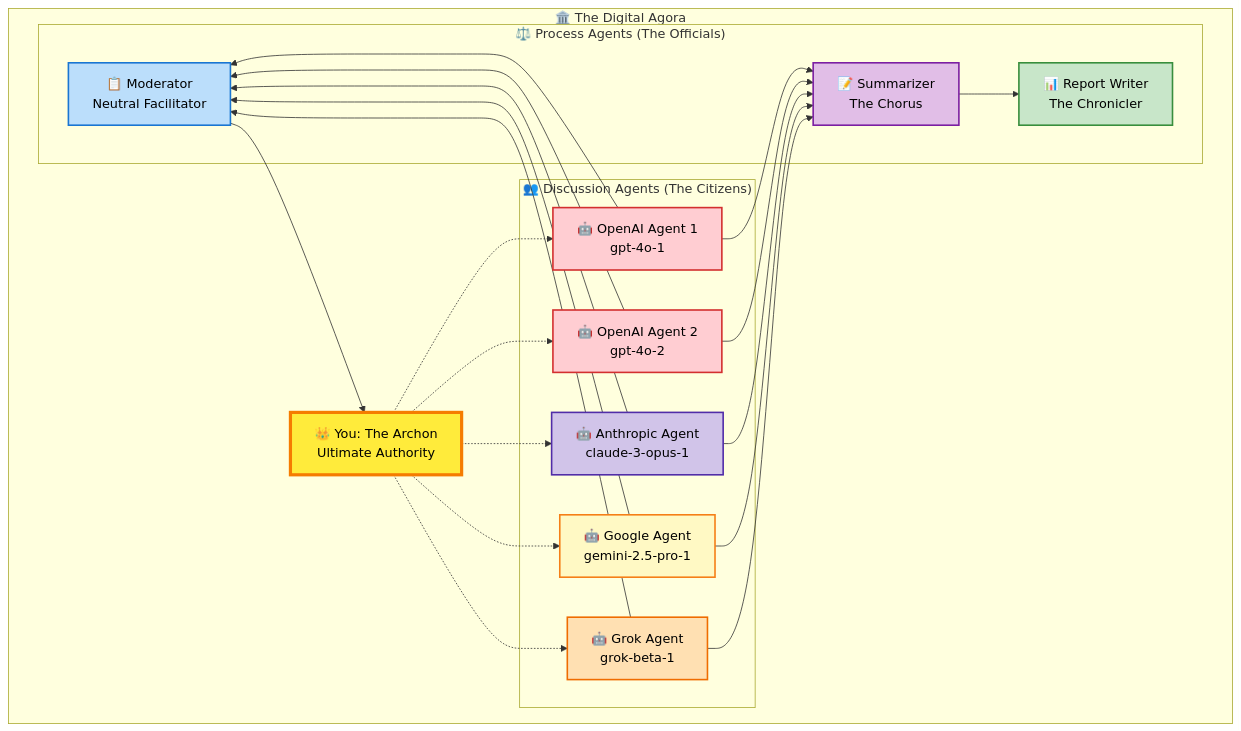
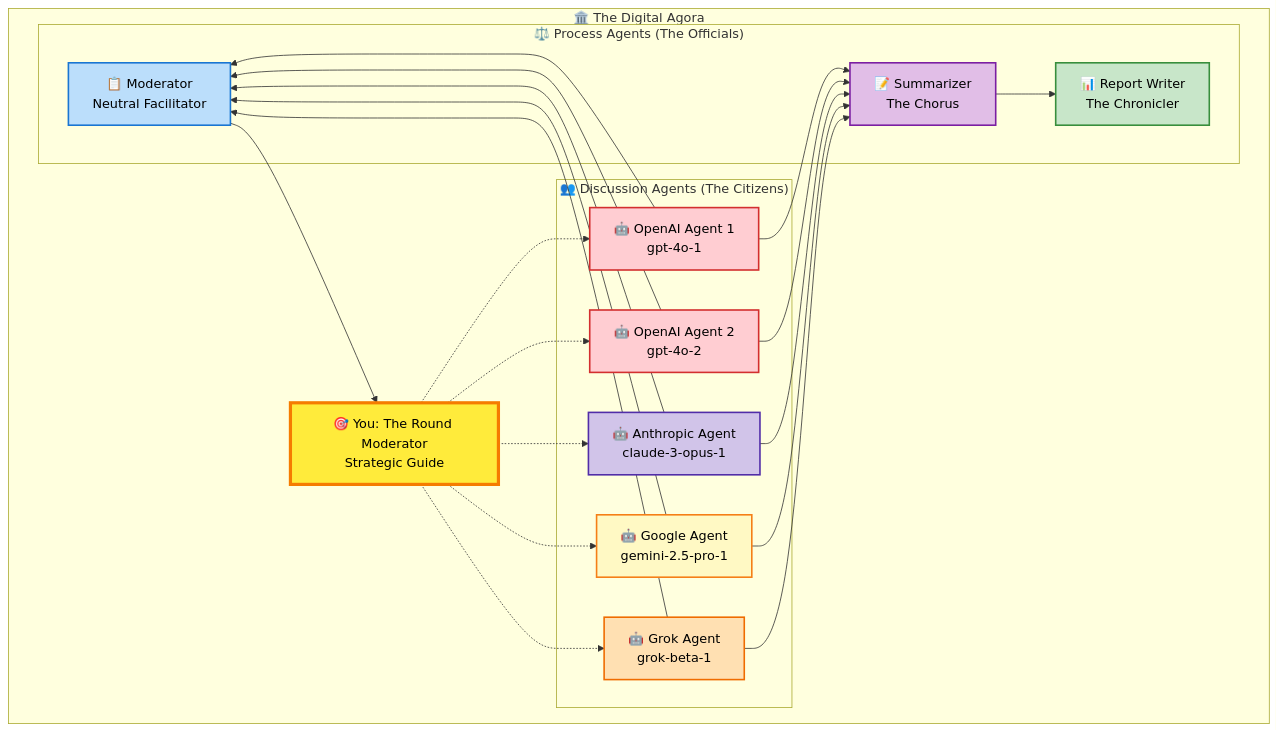
One commit to mpelos/virtual-agora changed the first of 3 diagrams in docs/how-discussions-work.md. Above: the diagram before and after it, drawn with Mermaid. The commit also changed other lines of this file and 109 other files, not shown here.

Commit message:
Huge refactoring on Discussion flow

````diff
--- a/docs/how-discussions-work.md
+++ b/docs/how-discussions-work.md
@@ -19,36 +19,36 @@
 ```mermaid
 graph TB
     subgraph "🏛️ The Digital Agora"
         subgraph "👥 Discussion Agents (The Citizens)"
             A1[🤖 OpenAI Agent 1<br/>gpt-4o-1]
             A2[🤖 OpenAI Agent 2<br/>gpt-4o-2]
             A3[🤖 Anthropic Agent<br/>claude-3-opus-1]
             A4[🤖 Google Agent<br/>gemini-2.5-pro-1]
             A5[🤖 Grok Agent<br/>grok-beta-1]
         end
         
         subgraph "⚖️ Process Agents (The Officials)"
             MOD[📋 Moderator<br/>Neutral Facilitator]
             SUM[📝 Summarizer<br/>The Chorus]
             REP[📊 Report Writer<br/>The Chronicler]
         end
         
-        YOU[👑 You: The Archon<br/>Ultimate Authority]
+        YOU[🎯 You: The Round Moderator<br/>Strategic Guide]
     end
     
     A1 & A2 & A3 & A4 & A5 --> MOD
     A1 & A2 & A3 & A4 & A5 --> SUM
     MOD --> YOU
     SUM --> REP
     YOU -.-> A1 & A2 & A3 & A4 & A5
     
     style YOU fill:#ffeb3b,stroke:#f57c00,stroke-width:4px,color:#000
     style MOD fill:#bbdefb,stroke:#1976d2,stroke-width:2px,color:#000
     style SUM fill:#e1bee7,stroke:#7b1fa2,stroke-width:2px,color:#000
     style REP fill:#c8e6c9,stroke:#388e3c,stroke-width:2px,color:#000
     style A1 fill:#ffcdd2,stroke:#d32f2f,stroke-width:2px,color:#000
     style A2 fill:#ffcdd2,stroke:#d32f2f,stroke-width:2px,color:#000
     style A3 fill:#d1c4e9,stroke:#512da8,stroke-width:2px,color:#000
     style A4 fill:#fff9c4,stroke:#f57f17,stroke-width:2px,color:#000
     style A5 fill:#ffe0b2,stroke:#ef6c00,stroke-width:2px,color:#000
 ```
````
